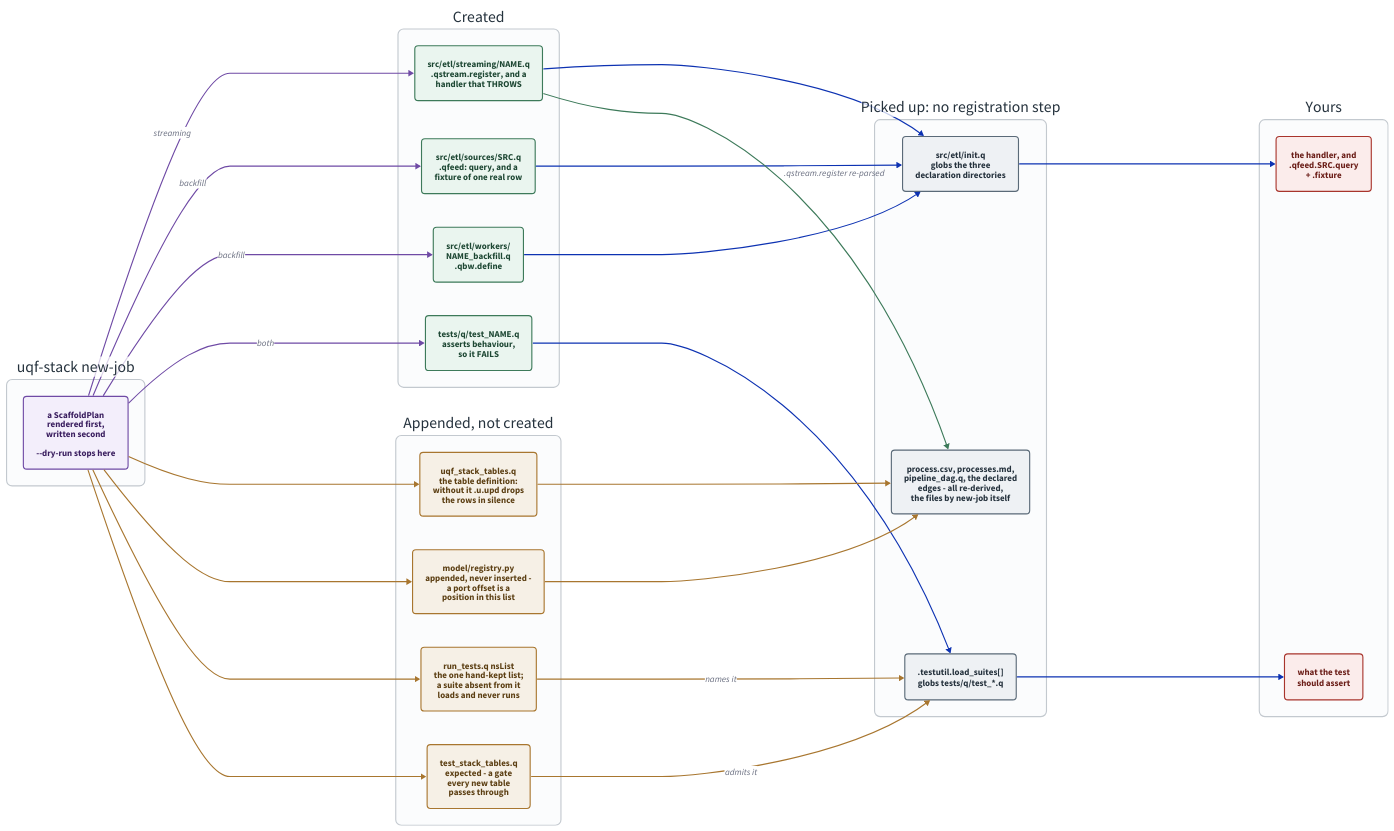
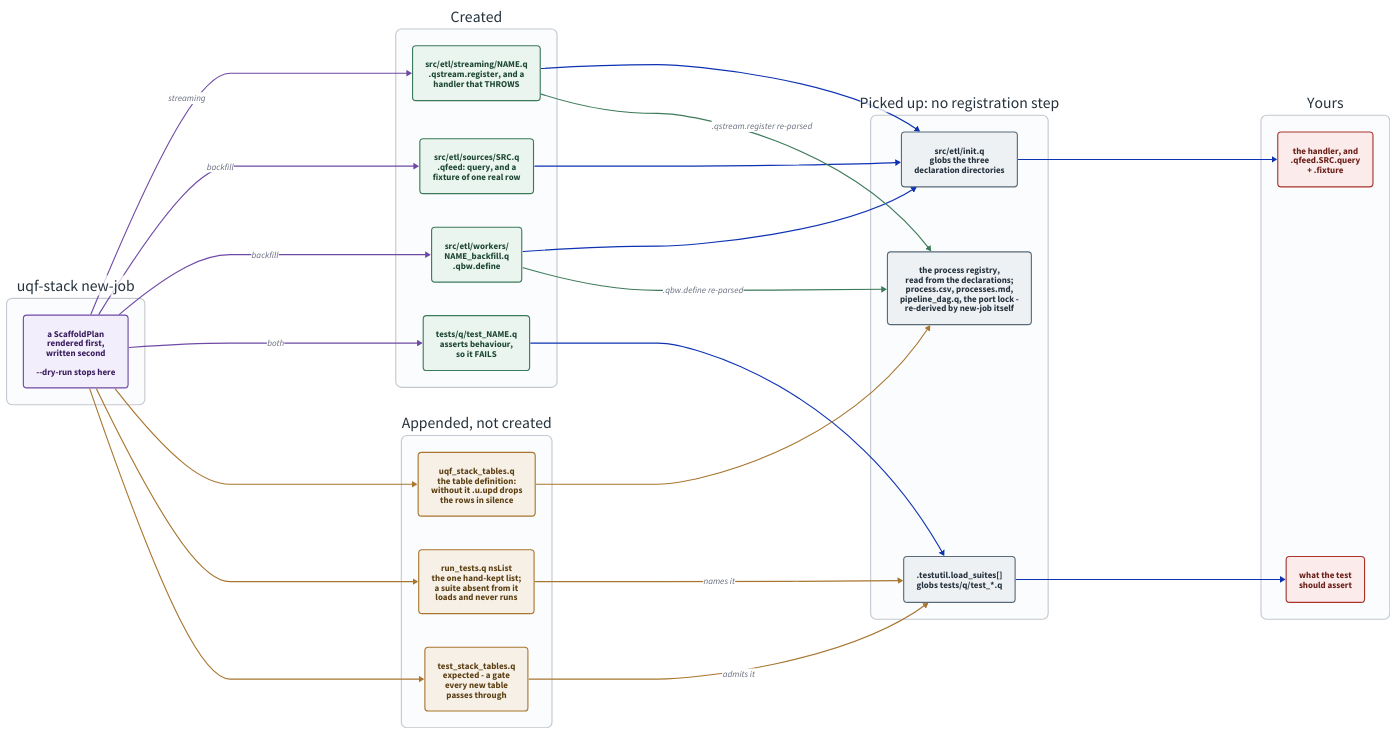
Before and after one commit to kwojdalski/uqf: the diagram in docs/diagrams/scaffolding.d2, drawn with D2. The commit also changed 49 other files, not shown here.

```diff
--- a/docs/diagrams/scaffolding.d2
+++ b/docs/diagrams/scaffolding.d2
@@ -1,144 +1,143 @@
 # scaffolding.d2 - what `uqf-stack new-job` writes, and what picks each file
 # up afterwards.
 #
 # Rendered by scripts/generate/render_diagrams.py, which CI runs with
 # --check. Embedded from docs/guides/new-pipeline.md.
 #
 # THE THING THIS DRAWS is that there is no registration step. Three
 # directories are globbed by src/etl/init.q and one by .testutil.load_suites,
-# so a new file is loaded because it exists. The APPENDS are the facts that
-# are NOT derivable from the tree - the table definition, the registry, where
-# a process's port offset is its position in a list, nsList, the one
-# hand-kept list of test namespaces, and the q suite's list of tables, a
-# deliberate gate - which is why they are the only places the scaffold has to
-# edit rather than create. Everything derived from the registry, new-job
-# regenerates itself before it returns.
+# so a new file is loaded because it exists - and the process registry is
+# READ from the job files' own declarations, so a job needs no entry
+# anywhere else. The APPENDS are the facts that are NOT derivable from the
+# tree - the table definition, nsList, the one hand-kept list of test
+# namespaces, and the q suite's list of tables, a deliberate gate - which is
+# why they are the only places the scaffold has to edit rather than create.
+# Everything derived, new-job regenerates itself before it returns, the port
+# lock included.
 #
 # The other thing worth seeing is the red column. The scaffold writes the
 # SHAPE and never the logic: the generated handler throws and the generated
 # test fails, deliberately, because a scaffold that left something green
 # behind would make "generated" and "implemented" look the same from outside.
 # That is the state stack_smoke.py exists to catch - a process that is `up`,
 # heartbeating, and publishing nothing.
 
 
 direction: right
 
 vars: {
   d2-config: {
     pad: 40
   }
 }
 
 classes: {
   command: {
     style: {
       fill: "#f3eefb"
       stroke: "#6f4aa5"
       font-color: "#3a1e5f"
       border-radius: 6
     }
   }
   created: {
     style: {
       fill: "#eaf5ef"
       stroke: "#3d7a5a"
       font-color: "#1d4733"
       border-radius: 6
     }
   }
   appended: {
     style: {
       fill: "#f6f0e6"
       stroke: "#a8762f"
       font-color: "#5c3f13"
       border-radius: 6
     }
   }
   derived: {
     style: {
       fill: "#eef1f4"
       stroke: "#5a6a78"
       font-color: "#25323d"
       border-radius: 6
     }
   }
   todo: {
     style: {
       fill: "#fbeceb"
       stroke: "#a8342c"
       font-color: "#6b1e18"
       border-radius: 6
     }
   }
   band: {
     style: {
       fill: "#fbfcfd"
       stroke: "#c3c9cf"
       stroke-width: 2
       border-radius: 10
       font-color: "#25323d"
     }
   }
 }
 
 cmd: "uqf-stack new-job" {
   class: band
 
   plan: "a ScaffoldPlan\nrendered first,\nwritten second\n\n--dry-run stops here" { class: command }
 }
 
 written: "Created" {
   class: band
 
   job: "src/etl/streaming/NAME.q\n.qstream.register, and a\nhandler that THROWS" { class: created }
   source: "src/etl/sources/SRC.q\n.qfeed: query, and a\nfixture of one real row" { class: created }
   worker: "src/etl/workers/\nNAME_backfill.q\n.qbw.define" { class: created }
   test: "tests/q/test_NAME.q\nasserts behaviour,\nso it FAILS" { class: created }
 }
 
 appended: "Appended, not created" {
   class: band
 
   tables: "uqf_stack_tables.q\nthe table definition:\nwithout it .u.upd drops\nthe rows in silence" { class: appended }
-  registry: "model/registry.py\nappended, never inserted -\na port offset is a\nposition in this list" { class: appended }
   nslist: "run_tests.q nsList\nthe one hand-kept list;\na suite absent from it\nloads and never runs" { class: appended }
   tablelist: "test_stack_tables.q\nexpected - a gate\nevery new table\npasses through" { class: appended }
 }
 
 picked_up: "Picked up: no registration step" {
   class: band
 
   init: "src/etl/init.q\nglobs the three\ndeclaration directories" { class: derived }
   suites: ".testutil.load_suites[]\nglobs tests/q/test_*.q" { class: derived }
-  consumers: "process.csv, processes.md,\npipeline_dag.q, the declared\nedges - all re-derived,\nthe files by new-job itself" { class: derived }
+  consumers: "the process registry,\nread from the declarations;\nprocess.csv, processes.md,\npipeline_dag.q, the port lock -\nre-derived by new-job itself" { class: derived }
 }
 
 todo: "Yours" {
   class: band
 
   logic: "the handler, and\n.qfeed.SRC.query\n+ .fixture" { class: todo }
   assertion: "what the test\nshould assert" { class: todo }
 }
 
 cmd.plan -> written.job: "streaming" { style.stroke: "#6f4aa5" }
 cmd.plan -> written.source: "backfill" { style.stroke: "#6f4aa5" }
 cmd.plan -> written.worker: "backfill" { style.stroke: "#6f4aa5" }
 cmd.plan -> written.test: "both" { style.stroke: "#6f4aa5" }
 cmd.plan -> appended.tables { style.stroke: "#a8762f" }
-cmd.plan -> appended.registry { style.stroke: "#a8762f" }
 cmd.plan -> appended.nslist { style.stroke: "#a8762f" }
 cmd.plan -> appended.tablelist { style.stroke: "#a8762f" }
 
 written.job -> picked_up.init
 written.source -> picked_up.init
 written.worker -> picked_up.init
 written.test -> picked_up.suites
 appended.nslist -> picked_up.suites: "names it" { style.stroke: "#a8762f" }
 appended.tablelist -> picked_up.suites: "admits it" { style.stroke: "#a8762f" }
-appended.registry -> picked_up.consumers { style.stroke: "#a8762f" }
 appended.tables -> picked_up.consumers { style.stroke: "#a8762f" }
 written.job -> picked_up.consumers: ".qstream.register re-parsed" { style.stroke: "#3d7a5a" }
+written.worker -> picked_up.consumers: ".qbw.define re-parsed" { style.stroke: "#3d7a5a" }
 
 picked_up.init -> todo.logic
 picked_up.suites -> todo.assertion
```
